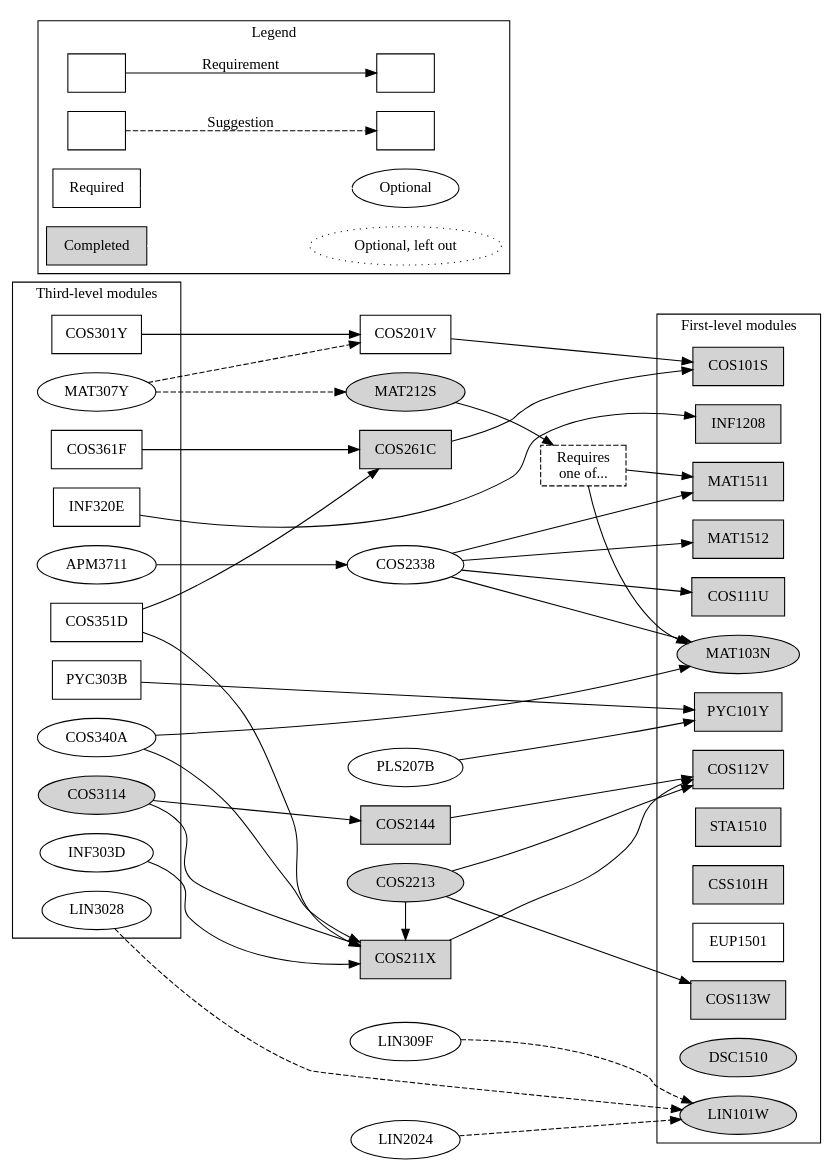
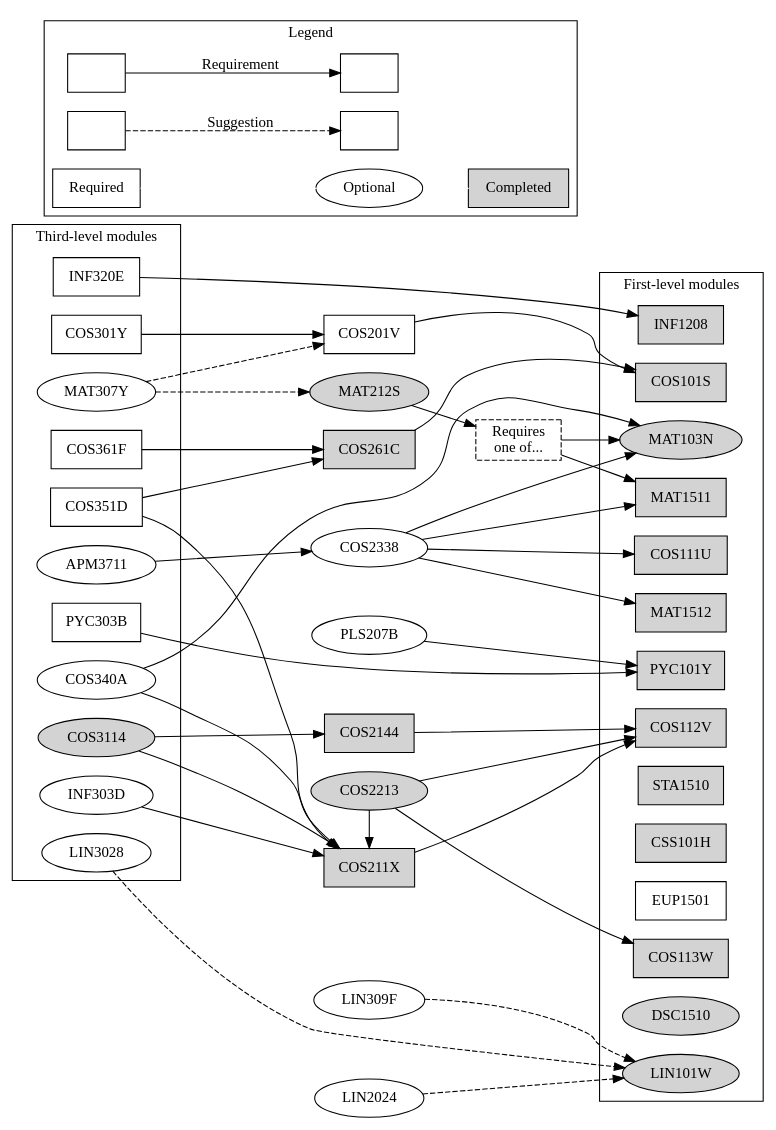
One commit to apauley/unisa-module-graph changed the diagram in ComputationalIntelligence.dot. Above: the diagram before and after it, drawn with Graphviz. The commit also changed 1 other file, not shown here.

```diff
--- a/ComputationalIntelligence.dot
+++ b/ComputationalIntelligence.dot
@@ -1,95 +1,94 @@
 digraph ComputationalIntelligence {
     node [shape=box];
     rankdir=LR;
 
     subgraph cluster3 {
         label = "Third-level modules";
 
         {rank=same;
         COS301Y INF320E COS351D COS361F PYC303B}
 
         {rank=same; node [shape=ellipse];
         COS3114 [style=filled]
         MAT307Y COS340A
         INF303D
         LIN3028
         APM3711}
     }
 
     {rank=same;
     COS201V
     {node [style=filled]; COS211X COS261C COS2144}}
 
     {rank=same; node [shape=ellipse];
     COS2338 PLS207B
     MAT212S [style=filled]
     COS2213 [style=filled]
     LIN309F
     LIN2024}
 
     MAT103OR151 [label="Requires\none of...", style=dashed];
 
     subgraph cluster1 {
         label = "First-level modules";
 
         {rank=same;
         {node [style=filled];
               COS101S COS112V COS113W INF1208 MAT1511 MAT1512
               PYC101Y COS111U STA1510 CSS101H}
         EUP1501}
 
         {rank=same; node [shape=ellipse];
             {node [style=filled];
                 MAT103N DSC1510 LIN101W}}
     }
 
 
     subgraph cluster0 {
         rankdir=LR;
         label = "Legend";
 
         Module1 [label=""];
         Module2 [label=""];
         Module3 [label=""];
         Module4 [label=""];
         Module2 -> Module1 [label="Requirement"]
         Module4 -> Module3 [label="Suggestion", style=dashed]
 
         Required;
         Completed [style=filled];
         Optional [shape=ellipse];
-        Skipped [label="Optional, left out",shape=ellipse,style=dotted];
         Required -> Optional [color=white];
-        Completed -> Skipped [color=white];
+        Optional -> Completed [color=white];
     }
 
 
     COS301Y -> {COS201V}
     INF320E -> {INF1208}
     COS351D -> {COS211X COS261C}
     COS361F -> {COS261C}
     PYC303B -> {PYC101Y}
 
     COS3114 -> {COS211X COS2144}
     APM3711 -> {COS2338}
     MAT307Y -> {MAT212S COS201V} [style=dashed]
     INF303D -> {COS211X}
     LIN3028 -> {LIN101W} [style=dashed]
     COS340A -> {COS211X MAT103N}
 
 
     COS201V -> {COS101S}
     COS211X -> {COS112V}
     COS261C -> {COS101S}
     COS2144 -> {COS112V}
 
     {rank=same; COS2213 COS211X}
     COS2213 -> {COS112V COS113W}
     COS2213 -> {COS211X}
     COS2338 -> {COS111U MAT103N MAT1511 MAT1512}
     MAT212S -> {MAT103OR151}
     MAT103OR151 -> {MAT103N MAT1511}
     LIN309F -> {LIN101W} [style=dashed]
     LIN2024 -> {LIN101W} [style=dashed]
     PLS207B -> {PYC101Y}
 }
```
